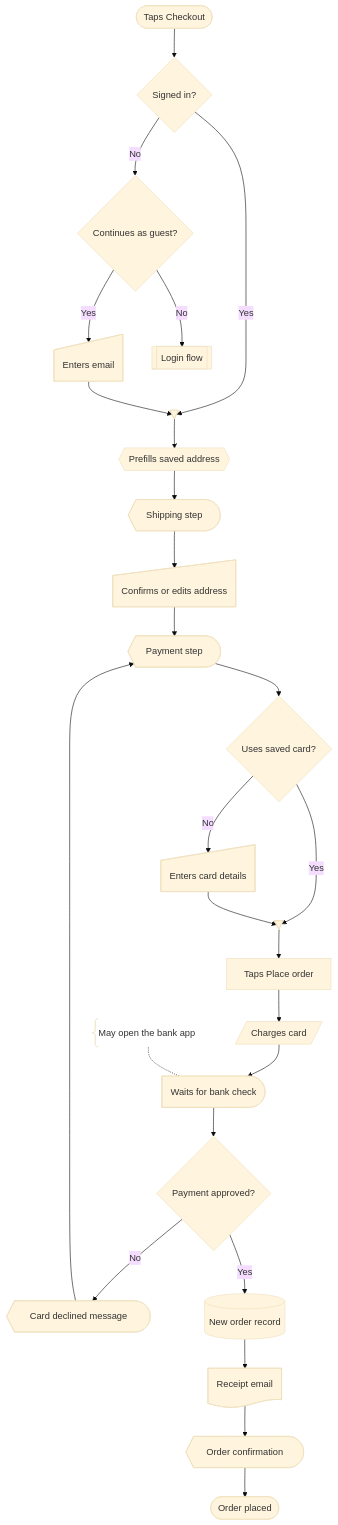
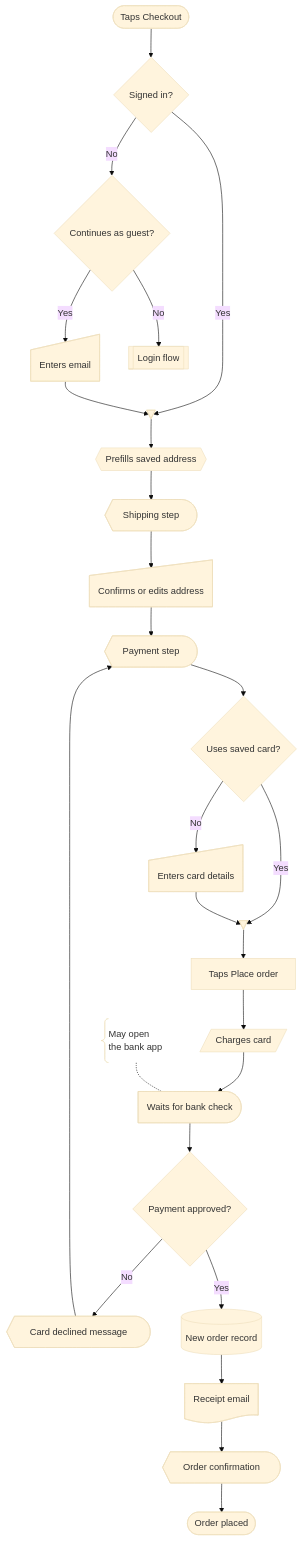
Before and after one commit to yoursharif/mermaid-userflow-diagram: the third of 4 diagrams in references/diagrams.md, drawn with Mermaid (base theme). The commit also changed 5 other files, not shown here.

First line of the commit message:
Left align notes and allow a right-side brace

````diff
--- a/references/diagrams.md
+++ b/references/diagrams.md
@@ -75,52 +75,53 @@
 ```mermaid
 flowchart TD
   startCart@{ shape: stadium, label: "Taps Checkout" }
   decSignedIn@{ shape: diam, label: "Signed in?" }
   decGuest@{ shape: diam, label: "Continues as guest?" }
   inGuestEmail@{ shape: sl-rect, label: "Enters email" }
   subLogin@{ shape: fr-rect, label: "Login flow" }
   mergeAuth@{ shape: flip-tri, label: " " }
   prepAddress@{ shape: hex, label: "Prefills saved address" }
   scrShipping@{ shape: curv-trap, label: "Shipping step" }
   inAddress@{ shape: sl-rect, label: "Confirms or edits address" }
   scrPayment@{ shape: curv-trap, label: "Payment step" }
   decSavedCard@{ shape: diam, label: "Uses saved card?" }
   inCard@{ shape: sl-rect, label: "Enters card details" }
   mergeCard@{ shape: flip-tri, label: " " }
   actPlace@{ shape: rect, label: "Taps Place order" }
   ioCharge@{ shape: lean-r, label: "Charges card" }
   waitBank@{ shape: delay, label: "Waits for bank check" }
-  noteBank@{ shape: brace, label: "May open the bank app" }
+  noteBank@{ shape: brace, label: "May open<br>the bank app" }
   decPaid@{ shape: diam, label: "Payment approved?" }
   scrDeclined@{ shape: curv-trap, label: "Card declined message" }
   dbOrder@{ shape: cyl, label: "New order record" }
   docReceipt@{ shape: doc, label: "Receipt email" }
   scrConfirm@{ shape: curv-trap, label: "Order confirmation" }
   exitPlaced@{ shape: stadium, label: "Order placed" }
 
   startCart --> decSignedIn
   decSignedIn -->|Yes| mergeAuth
   decSignedIn -->|No| decGuest
   decGuest -->|Yes| inGuestEmail
   decGuest -->|No| subLogin
   inGuestEmail --> mergeAuth
   mergeAuth --> prepAddress
   prepAddress --> scrShipping
   scrShipping --> inAddress
   inAddress --> scrPayment
   scrPayment --> decSavedCard
   decSavedCard -->|Yes| mergeCard
   decSavedCard -->|No| inCard
   inCard --> mergeCard
   mergeCard --> actPlace
   actPlace --> ioCharge
   ioCharge --> waitBank
   waitBank --> decPaid
   noteBank -.- waitBank
   decPaid -->|No| scrDeclined
   decPaid -->|Yes| dbOrder
   scrDeclined --> scrPayment
   dbOrder --> docReceipt
   docReceipt --> scrConfirm
   scrConfirm --> exitPlaced
+  style noteBank text-align:left
 ```
````
